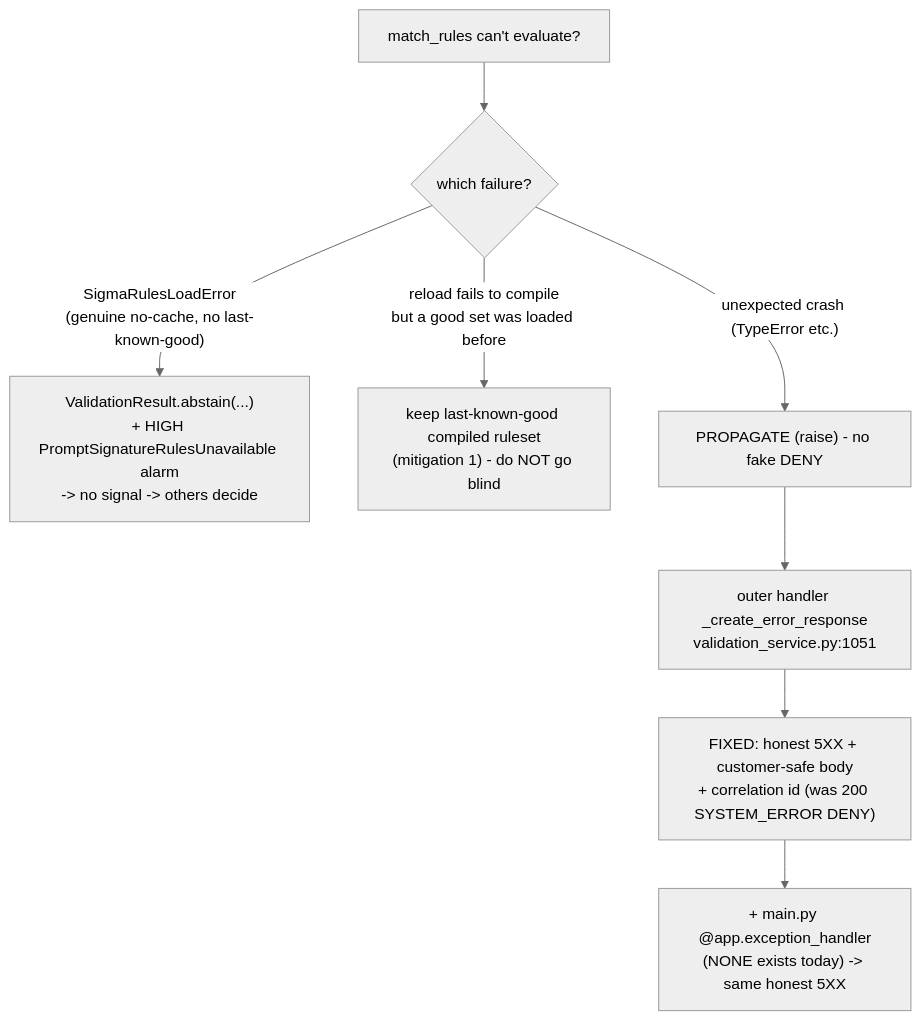
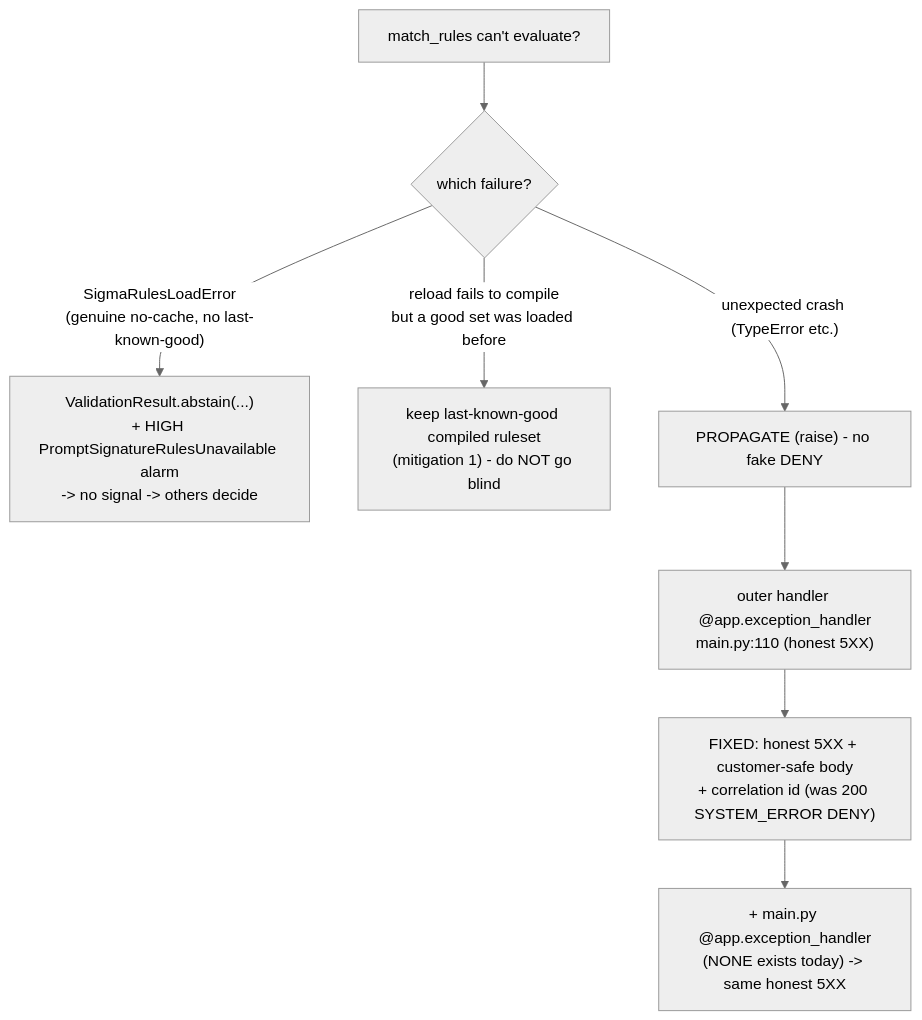
Before and after one commit to shashank31mar/Sentra: the third of 3 diagrams in tasks/serverless-edition/ws-f-prompt-signatures.md, drawn with Mermaid (neutral theme). The commit also changed other lines of this file and 4 other files, not shown here.

````diff
--- a/tasks/serverless-edition/ws-f-prompt-signatures.md
+++ b/tasks/serverless-edition/ws-f-prompt-signatures.md
@@ -269,10 +269,10 @@
 ```mermaid
 flowchart TD
   A["match_rules can't evaluate?"] --> B{which failure?}
   B -->|"SigmaRulesLoadError<br/>(genuine no-cache, no last-known-good)"| C["ValidationResult.abstain(...)<br/>+ HIGH PromptSignatureRulesUnavailable alarm<br/>-> no signal -> others decide"]
   B -->|"reload fails to compile<br/>but a good set was loaded before"| D["keep last-known-good compiled ruleset<br/>(mitigation 1) - do NOT go blind"]
   B -->|"unexpected crash (TypeError etc.)"| E["PROPAGATE (raise) - no fake DENY"]
-  E --> F["outer handler _create_error_response<br/>validation_service.py:1051"]
+  E --> F["outer handler @app.exception_handler<br/>main.py:110 (honest 5XX)"]
   F --> G["FIXED: honest 5XX + customer-safe body<br/>+ correlation id (was 200 SYSTEM_ERROR DENY)"]
   G --> H["+ main.py @app.exception_handler<br/>(NONE exists today) -> same honest 5XX"]
 ```
````
